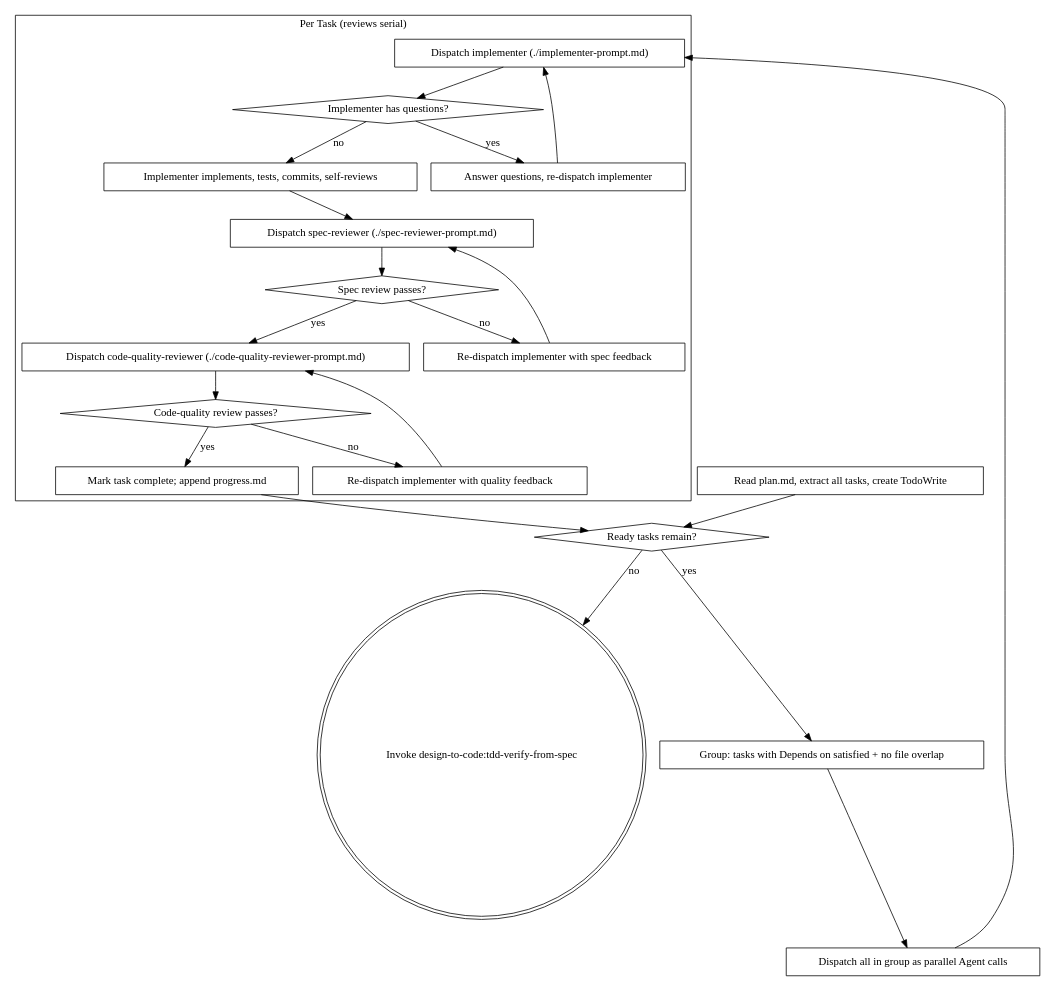
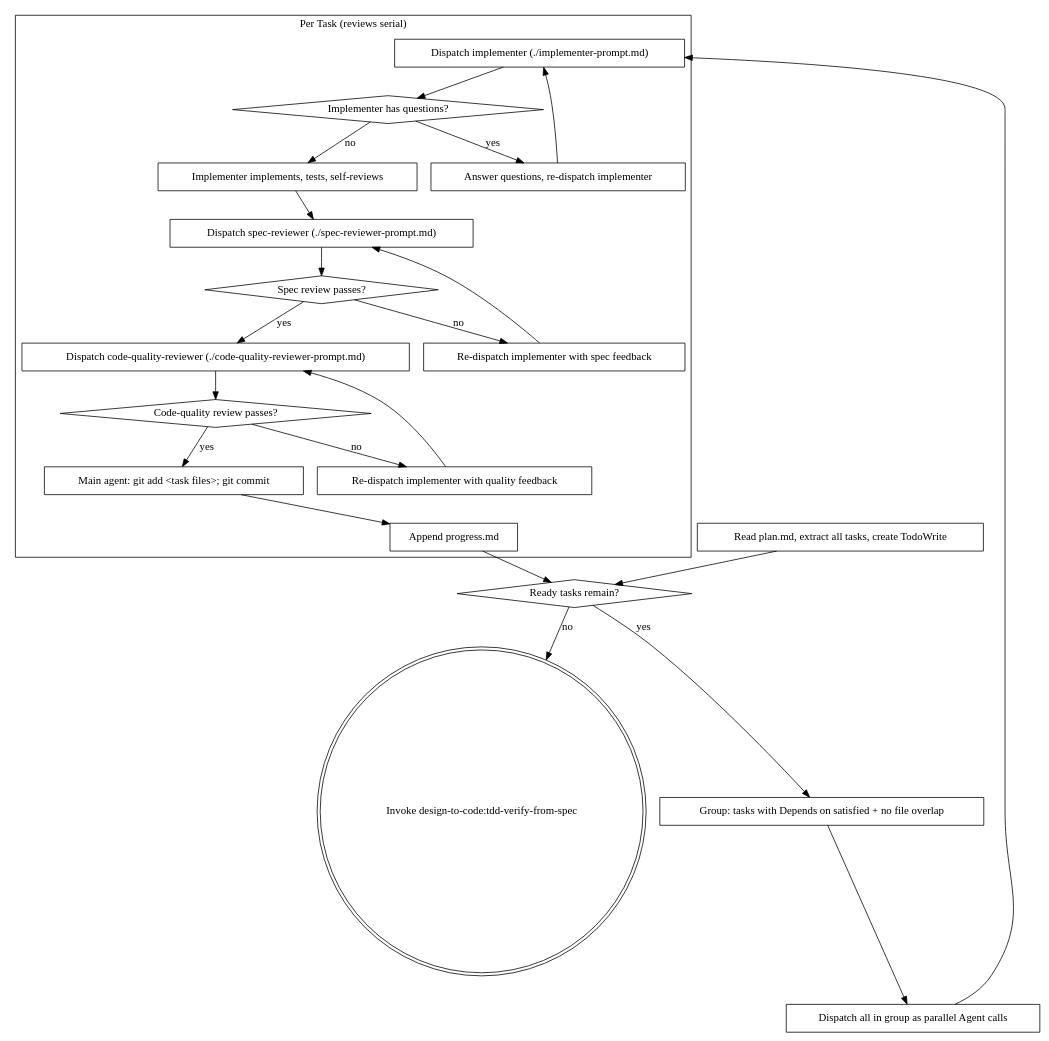
The second of 2 diagrams in skills/subagent-driven-development/SKILL.md (zhangtianwei1998/design-to-code), drawn with Graphviz before and after one commit. The commit also changed other lines of this file, not shown here.

Commit message:
feat(skills): move commit from implementer to main agent after quality review
Implementers no longer commit. Main agent commits each task's files using
exact paths from plan.md after both reviews pass (the serial point), so
parallel implementers never race on the git index. Stale trailing lines
in the flowchart also removed.

````diff
--- a/skills/subagent-driven-development/SKILL.md
+++ b/skills/subagent-driven-development/SKILL.md
@@ -49,46 +50,48 @@
 ```dot
 digraph process {
     rankdir=TB;
 
     subgraph cluster_per_task {
         label="Per Task (reviews serial)";
         "Dispatch implementer (./implementer-prompt.md)" [shape=box];
         "Implementer has questions?" [shape=diamond];
         "Answer questions, re-dispatch implementer" [shape=box];
-        "Implementer implements, tests, commits, self-reviews" [shape=box];
+        "Implementer implements, tests, self-reviews" [shape=box];
         "Dispatch spec-reviewer (./spec-reviewer-prompt.md)" [shape=box];
         "Spec review passes?" [shape=diamond];
         "Re-dispatch implementer with spec feedback" [shape=box];
         "Dispatch code-quality-reviewer (./code-quality-reviewer-prompt.md)" [shape=box];
         "Code-quality review passes?" [shape=diamond];
         "Re-dispatch implementer with quality feedback" [shape=box];
-        "Mark task complete; append progress.md" [shape=box];
+        "Main agent: git add <task files>; git commit" [shape=box];
+        "Append progress.md" [shape=box];
     }
 
     "Read plan.md, extract all tasks, create TodoWrite" [shape=box];
     "Ready tasks remain?" [shape=diamond];
     "Group: tasks with Depends on satisfied + no file overlap" [shape=box];
     "Dispatch all in group as parallel Agent calls" [shape=box];
     "Invoke design-to-code:tdd-verify-from-spec" [shape=doublecircle];
 
     "Read plan.md, extract all tasks, create TodoWrite" -> "Ready tasks remain?";
     "Ready tasks remain?" -> "Group: tasks with Depends on satisfied + no file overlap" [label="yes"];
     "Ready tasks remain?" -> "Invoke design-to-code:tdd-verify-from-spec" [label="no"];
     "Group: tasks with Depends on satisfied + no file overlap" -> "Dispatch all in group as parallel Agent calls";
     "Dispatch all in group as parallel Agent calls" -> "Dispatch implementer (./implementer-prompt.md)";
     "Dispatch implementer (./implementer-prompt.md)" -> "Implementer has questions?";
     "Implementer has questions?" -> "Answer questions, re-dispatch implementer" [label="yes"];
     "Answer questions, re-dispatch implementer" -> "Dispatch implementer (./implementer-prompt.md)";
-    "Implementer has questions?" -> "Implementer implements, tests, commits, self-reviews" [label="no"];
-    "Implementer implements, tests, commits, self-reviews" -> "Dispatch spec-reviewer (./spec-reviewer-prompt.md)";
+    "Implementer has questions?" -> "Implementer implements, tests, self-reviews" [label="no"];
+    "Implementer implements, tests, self-reviews" -> "Dispatch spec-reviewer (./spec-reviewer-prompt.md)";
     "Dispatch spec-reviewer (./spec-reviewer-prompt.md)" -> "Spec review passes?";
     "Spec review passes?" -> "Re-dispatch implementer with spec feedback" [label="no"];
     "Re-dispatch implementer with spec feedback" -> "Dispatch spec-reviewer (./spec-reviewer-prompt.md)";
     "Spec review passes?" -> "Dispatch code-quality-reviewer (./code-quality-reviewer-prompt.md)" [label="yes"];
     "Dispatch code-quality-reviewer (./code-quality-reviewer-prompt.md)" -> "Code-quality review passes?";
     "Code-quality review passes?" -> "Re-dispatch implementer with quality feedback" [label="no"];
     "Re-dispatch implementer with quality feedback" -> "Dispatch code-quality-reviewer (./code-quality-reviewer-prompt.md)";
-    "Code-quality review passes?" -> "Mark task complete; append progress.md" [label="yes"];
-    "Mark task complete; append progress.md" -> "Ready tasks remain?";
+    "Code-quality review passes?" -> "Main agent: git add <task files>; git commit" [label="yes"];
+    "Main agent: git add <task files>; git commit" -> "Append progress.md";
+    "Append progress.md" -> "Ready tasks remain?";
 }
 ```
````
